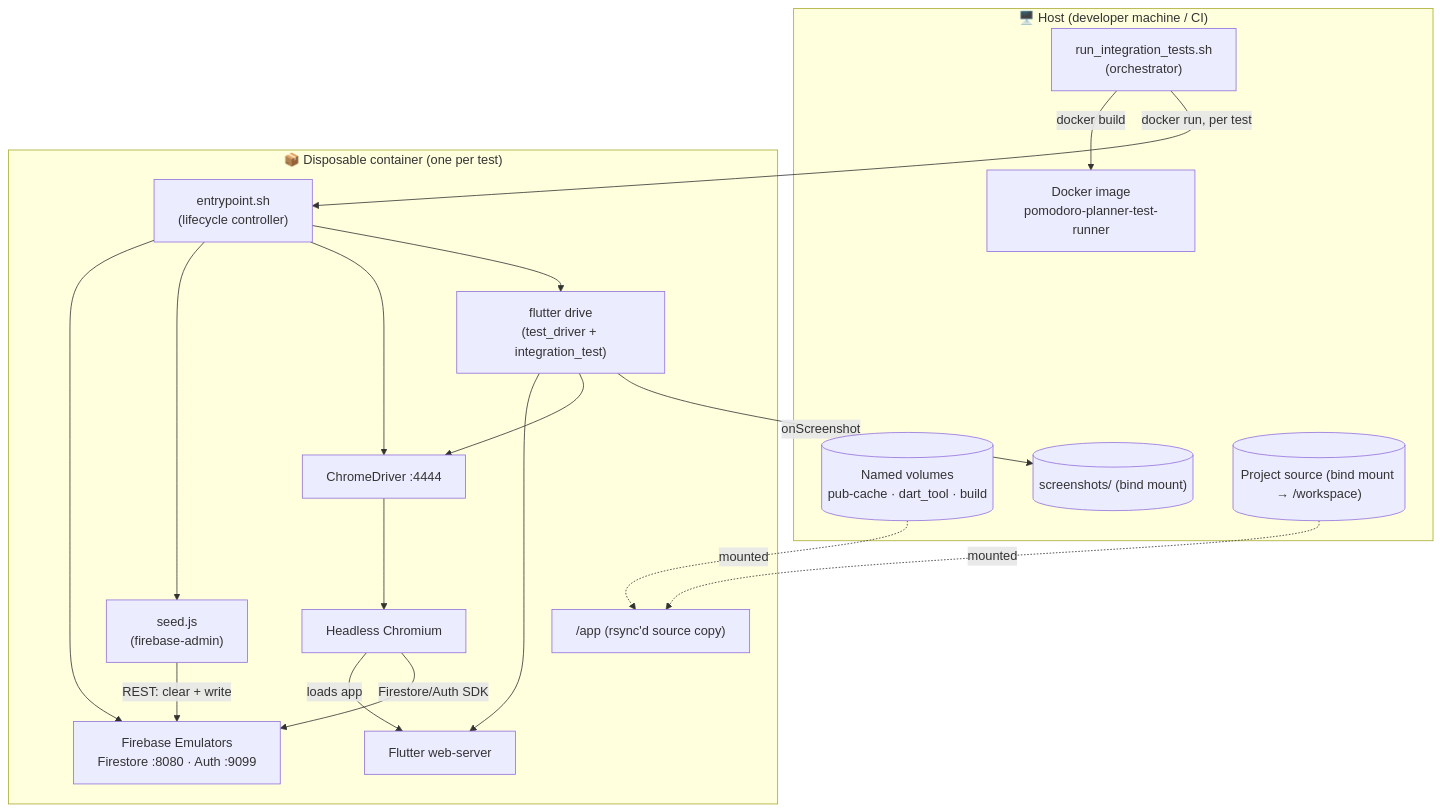
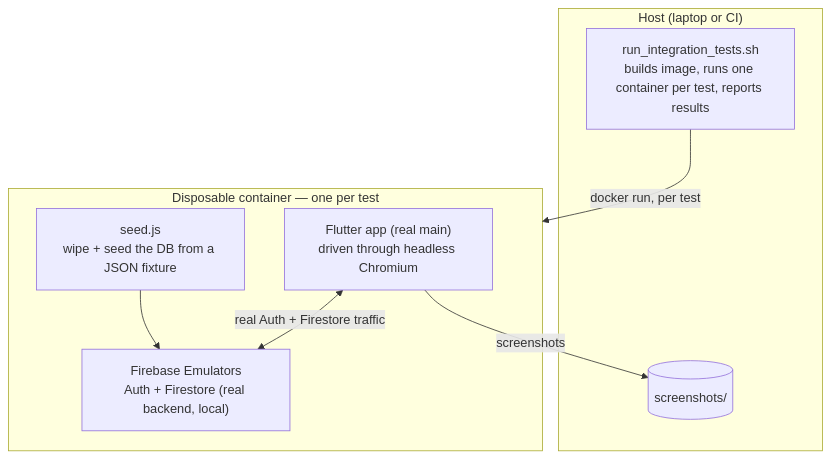
One commit to aryan-nandal/pomodoro_planner changed the first of 2 diagrams in docs/e2e-integration-testing.md. Above: the diagram before and after it, drawn with Mermaid. The commit also changed other lines of this file, not shown here.

````diff
--- a/docs/e2e-integration-testing.md
+++ b/docs/e2e-integration-testing.md
@@ -52,36 +76,18 @@
 ```mermaid
 flowchart TB
-    subgraph HOST["🖥️  Host (developer machine / CI)"]
-        ORCH["run_integration_tests.sh<br/>(orchestrator)"]
-        IMG["Docker image<br/>pomodoro-planner-test-runner"]
-        VOLS[("Named volumes<br/>pub-cache · dart_tool · build")]
-        SHOTS[("screenshots/ (bind mount)")]
-        SRC[("Project source (bind mount → /workspace)")]
+    subgraph HOST["Host (laptop or CI)"]
+        ORCH["run_integration_tests.sh<br/>builds image, runs one container per test, reports results"]
+        SHOTS[("screenshots/")]
     end
 
-    subgraph CONTAINER["📦  Disposable container (one per test)"]
-        ENTRY["entrypoint.sh<br/>(lifecycle controller)"]
-        APP["/app (rsync'd source copy)"]
-        EMU["Firebase Emulators<br/>Firestore :8080 · Auth :9099"]
-        SEED["seed.js<br/>(firebase-admin)"]
-        CD["ChromeDriver :4444"]
-        WS["Flutter web-server"]
-        CHrome["Headless Chromium"]
-        DRIVE["flutter drive<br/>(test_driver + integration_test)"]
+    subgraph BOX["Disposable container — one per test"]
+        SEED["seed.js<br/>wipe + seed the DB from a JSON fixture"]
+        EMU["Firebase Emulators<br/>Auth + Firestore (real backend, local)"]
+        APP["Flutter app (real main)<br/>driven through headless Chromium"]
     end
 
-    ORCH -->|docker build| IMG
-    ORCH -->|docker run, per test| ENTRY
-    SRC -. mounted .-> APP
-    VOLS -. mounted .-> APP
-    ENTRY --> EMU
-    ENTRY --> SEED
-    SEED -->|REST: clear + write| EMU
-    ENTRY --> CD
-    ENTRY --> DRIVE
-    DRIVE --> WS
-    DRIVE --> CD --> CHrome
-    CHrome -->|loads app| WS
-    CHrome -->|Firestore/Auth SDK| EMU
-    DRIVE -->|onScreenshot| SHOTS
+    ORCH -->|docker run, per test| BOX
+    SEED --> EMU
+    APP <-->|real Auth + Firestore traffic| EMU
+    APP -->|screenshots| SHOTS
 ```
````
